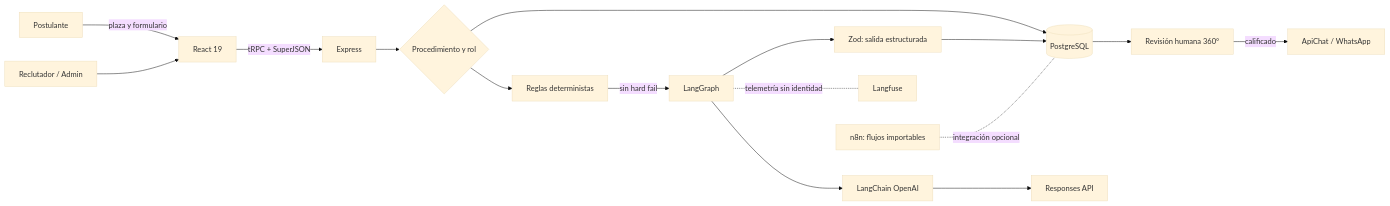
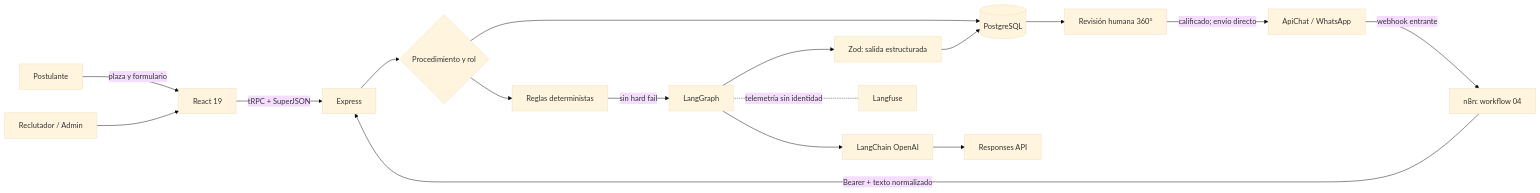
The first of 2 diagrams in README.md (langgraph-aisa/reclutamiento-aisa-agent), drawn with Mermaid (base theme) before and after one commit. The commit also changed other lines of this file and 61 other files, not shown here.

````diff
--- a/README.md
+++ b/README.md
@@ -131,18 +141,19 @@
 ```mermaid
 flowchart LR
     U[Postulante] -->|plaza y formulario| R[React 19]
     HR[Reclutador / Admin] --> R
     R -->|tRPC + SuperJSON| E[Express]
     E --> P{Procedimiento y rol}
     P --> DB[(PostgreSQL)]
     P --> D[Reglas deterministas]
     D -->|sin hard fail| G[LangGraph]
     G --> LC[LangChain OpenAI]
     LC --> O[Responses API]
     G --> Z[Zod: salida estructurada]
     Z --> DB
     DB --> H[Revisión humana 360°]
-    H -->|calificado| W[ApiChat / WhatsApp]
+    H -->|calificado; envío directo| W[ApiChat / WhatsApp]
     G -.telemetría sin identidad.- L[Langfuse]
-    N[n8n: flujos importables] -.integración opcional.- DB
+    W -->|webhook entrante| N[n8n: workflow 04]
+    N -->|Bearer + texto normalizado| E
 ```
````
